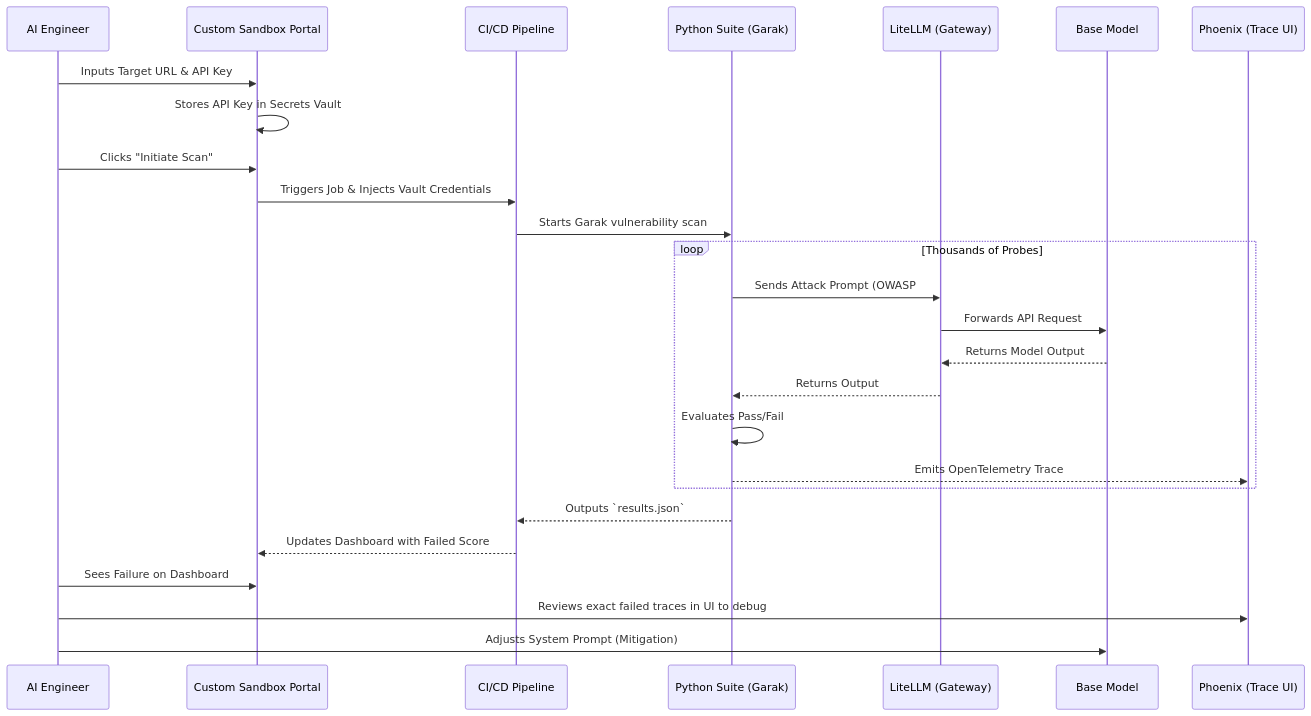
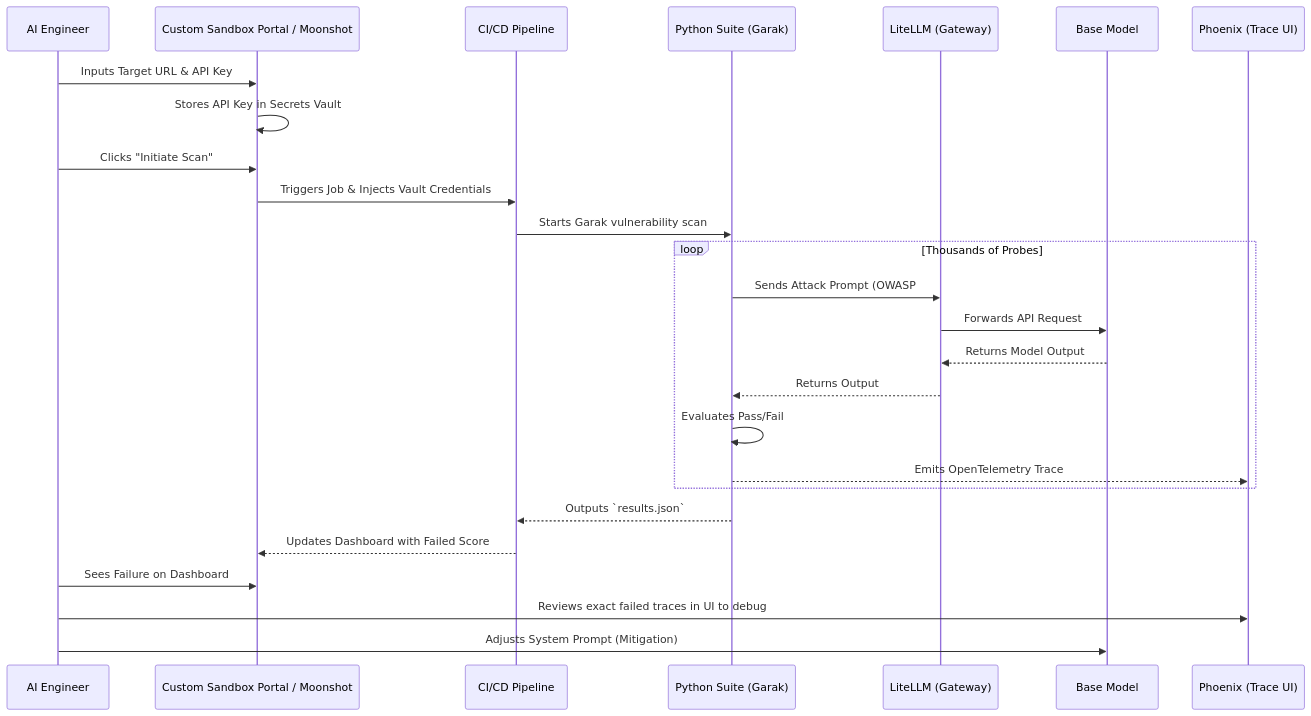
Before and after one commit to FaldyMaul/SecurityAI: the first of 5 diagrams in Tools Benchmark/AI_Sandbox_User_Journeys.md, drawn with Mermaid. The commit also changed other lines of this file and 8 other files, not shown here.

````diff
--- a/Tools Benchmark/AI_Sandbox_User_Journeys.md
+++ b/Tools Benchmark/AI_Sandbox_User_Journeys.md
@@ -26,31 +26,31 @@
 ```mermaid
 sequenceDiagram
     participant E as AI Engineer
-    participant UI as Custom Sandbox Portal
+    participant UI as Custom Sandbox Portal / Moonshot
     participant CI as CI/CD Pipeline
     participant G as Python Suite (Garak)
     participant L as LiteLLM (Gateway)
     participant M as Base Model
     participant P as Phoenix (Trace UI)
 
     E->>UI: Inputs Target URL & API Key
     UI->>UI: Stores API Key in Secrets Vault
     E->>UI: Clicks "Initiate Scan"
     UI->>CI: Triggers Job & Injects Vault Credentials
     CI->>G: Starts Garak vulnerability scan
     
     loop Thousands of Probes
         G->>L: Sends Attack Prompt (OWASP #1)
         L->>M: Forwards API Request
         M-->>L: Returns Model Output
         L-->>G: Returns Output
         G->>G: Evaluates Pass/Fail
         G-->>P: Emits OpenTelemetry Trace
     end
     
     G-->>CI: Outputs `results.json`
     CI-->>UI: Updates Dashboard with Failed Score
     E->>UI: Sees Failure on Dashboard
     E->>P: Reviews exact failed traces in UI to debug
     E->>M: Adjusts System Prompt (Mitigation)
 ```
````
